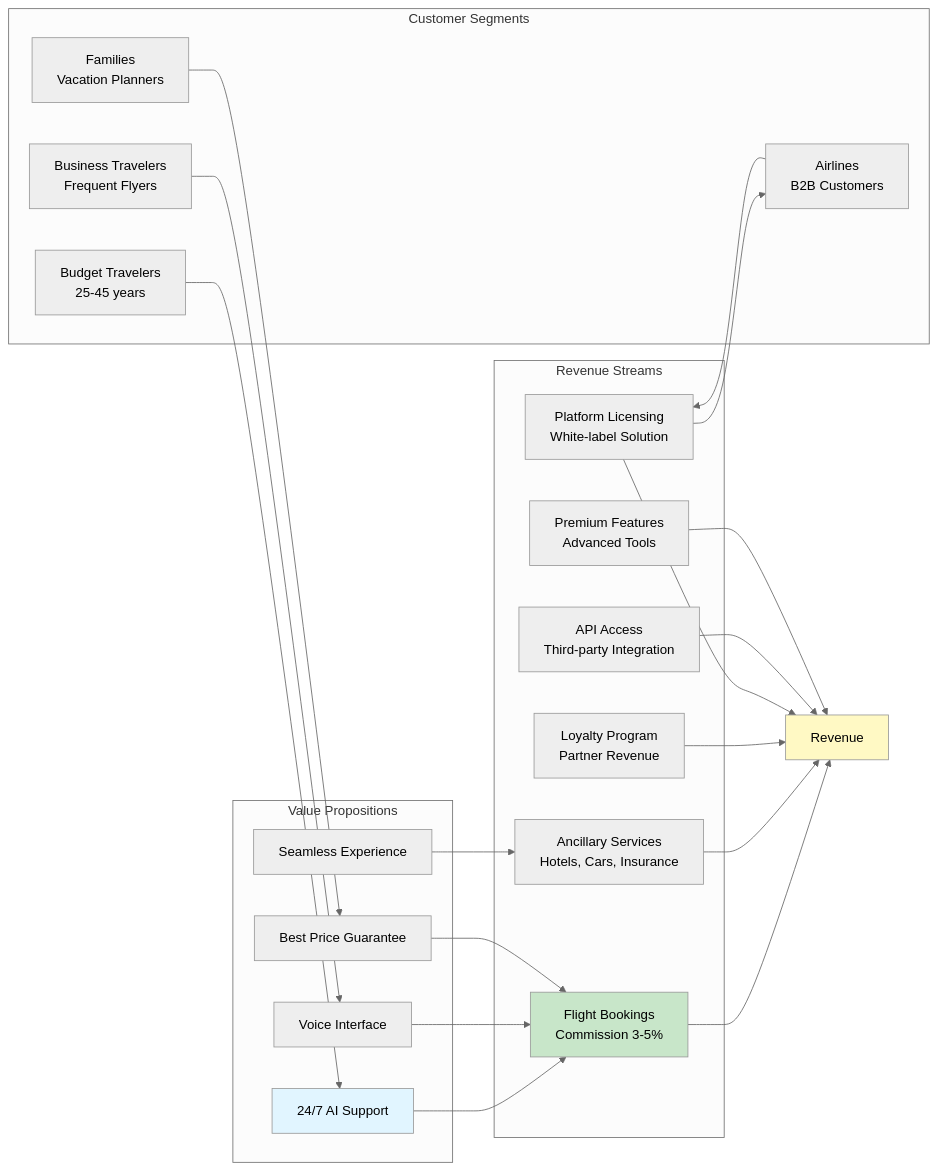
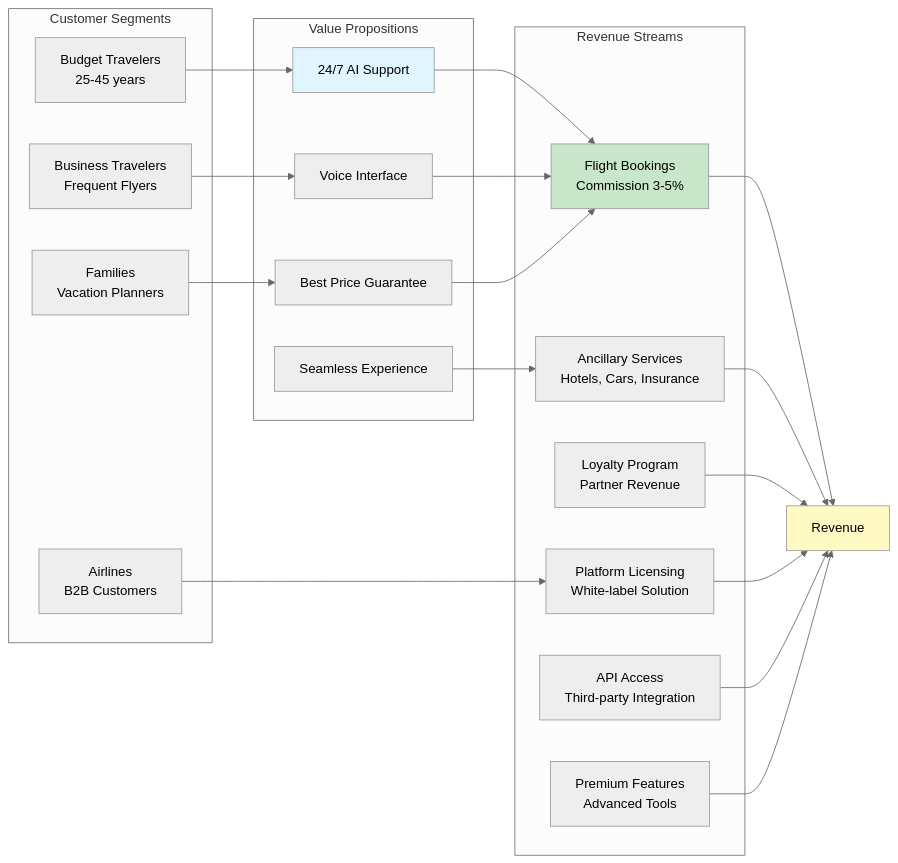
The fourth of 9 diagrams in README.md (Yash-Kavaiya/bria-airways), drawn with Mermaid (neutral theme) before and after one commit. The commit also changed other lines of this file, not shown here.

Commit message:
Fix Mermaid diagram syntax issues identified in code review

````diff
--- a/README.md
+++ b/README.md
@@ -590,47 +590,46 @@
 ```mermaid
 graph LR
     subgraph "Revenue Streams"
         A[Flight Bookings<br/>Commission 3-5%]
         B[Ancillary Services<br/>Hotels, Cars, Insurance]
         C[Loyalty Program<br/>Partner Revenue]
         D[Platform Licensing<br/>White-label Solution]
         E[API Access<br/>Third-party Integration]
         F[Premium Features<br/>Advanced Tools]
     end
     
     subgraph "Customer Segments"
         G[Budget Travelers<br/>25-45 years]
         H[Business Travelers<br/>Frequent Flyers]
         I[Families<br/>Vacation Planners]
         J[Airlines<br/>B2B Customers]
     end
     
     subgraph "Value Propositions"
         K[24/7 AI Support]
         L[Voice Interface]
         M[Best Price Guarantee]
         N[Seamless Experience]
     end
     
     G --> K
     H --> L
     I --> M
     J --> D
     
     K --> A
     L --> A
     M --> A
     N --> B
-    D --> J
     
     A --> O[Revenue]
     B --> O
     C --> O
     D --> O
     E --> O
     F --> O
     
     style A fill:#c8e6c9
     style O fill:#fff9c4
     style K fill:#e1f5ff
 ```
````
